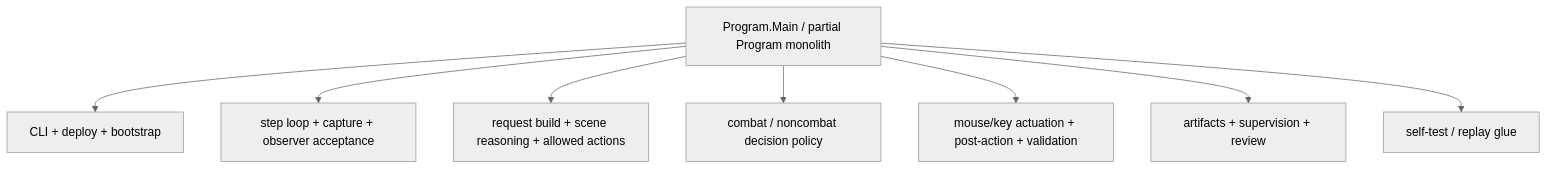
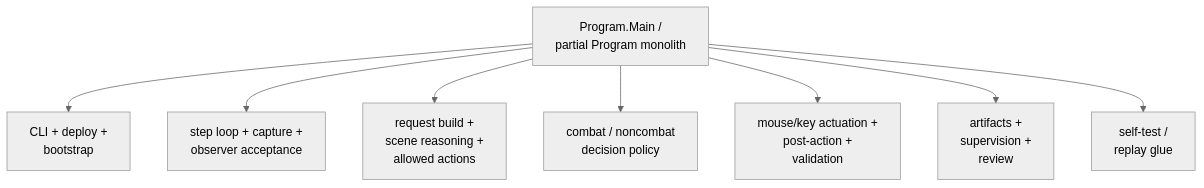
Before and after one commit to jidon333/STS2_Mod_AI_Companion: the first of 4 diagrams in docs/reference/harness/GUI_SMOKE_HARNESS_REFACTOR_BEFORE_AFTER.md, drawn with Mermaid (neutral theme). The commit also changed other lines of this file and 4 other files, not shown here.

Commit message:
Improve Mermaid readability in harness docs

````diff
--- a/docs/reference/harness/GUI_SMOKE_HARNESS_REFACTOR_BEFORE_AFTER.md
+++ b/docs/reference/harness/GUI_SMOKE_HARNESS_REFACTOR_BEFORE_AFTER.md
@@ -33,11 +33,11 @@
 ```mermaid
 flowchart TD
-    A["Program.Main / partial Program monolith"]
-    A --> B["CLI + deploy + bootstrap"]
-    A --> C["step loop + capture + observer acceptance"]
-    A --> D["request build + scene reasoning + allowed actions"]
-    A --> E["combat / noncombat decision policy"]
-    A --> F["mouse/key actuation + post-action + validation"]
-    A --> G["artifacts + supervision + review"]
-    A --> H["self-test / replay glue"]
+    A["Program.Main /<br/>partial Program monolith"]
+    A --> B["CLI + deploy +<br/>bootstrap"]
+    A --> C["step loop + capture +<br/>observer acceptance"]
+    A --> D["request build +<br/>scene reasoning +<br/>allowed actions"]
+    A --> E["combat / noncombat<br/>decision policy"]
+    A --> F["mouse/key actuation +<br/>post-action +<br/>validation"]
+    A --> G["artifacts +<br/>supervision +<br/>review"]
+    A --> H["self-test /<br/>replay glue"]
 ```
````
